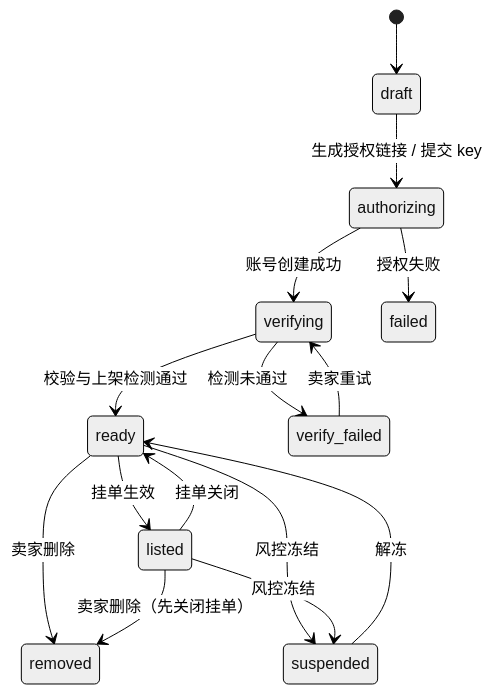
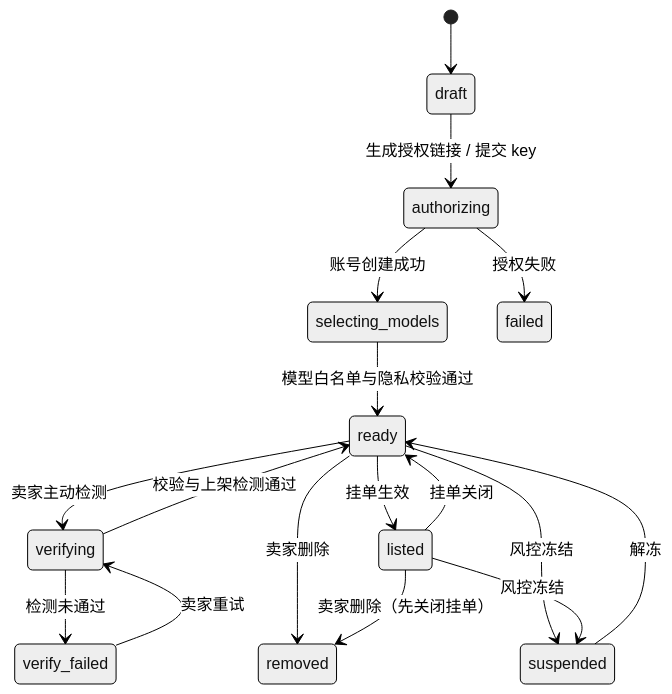
Before and after one commit to yx-token/token-market: the diagram in docs/04-listing.md, drawn with Mermaid (neutral theme). The commit also changed other lines of this file and 130 other files, not shown here.

````diff
--- a/docs/04-listing.md
+++ b/docs/04-listing.md
@@ -111,17 +114,19 @@
 ```mermaid
 stateDiagram-v2
   [*] --> draft
   draft --> authorizing: 生成授权链接 / 提交 key
-  authorizing --> verifying: 账号创建成功
+  authorizing --> selecting_models: 账号创建成功
+  selecting_models --> ready: 模型白名单与隐私校验通过
   authorizing --> failed: 授权失败
   verifying --> ready: 校验与上架检测通过
   verifying --> verify_failed: 检测未通过
   verify_failed --> verifying: 卖家重试
+  ready --> verifying: 卖家主动检测
   ready --> listed: 挂单生效
   listed --> ready: 挂单关闭
   ready --> removed: 卖家删除
   listed --> removed: 卖家删除（先关闭挂单）
   ready --> suspended: 风控冻结
   listed --> suspended: 风控冻结
   suspended --> ready: 解冻
 ```
````
